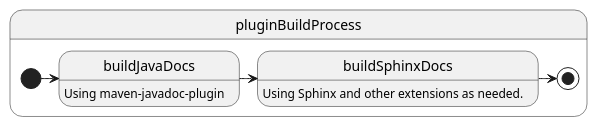
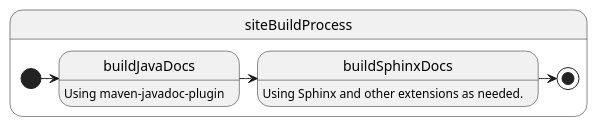
One commit to trustin/sphinx-maven changed the diagram in src/site/sphinx/configuration.rst. Above: the diagram before and after it, drawn with PlantUML. The commit also changed other lines of this file and 10 other files, not shown here.

```diff
--- a/src/site/sphinx/configuration.rst
+++ b/src/site/sphinx/configuration.rst
@@ -47,11 +48,11 @@
 .. uml::
 
     @startuml
-    state pluginBuildProcess {
+    state siteBuildProcess {
         [*] -> buildJavaDocs
         buildJavaDocs: Using maven-javadoc-plugin
         buildJavaDocs -> buildSphinxDocs
         buildSphinxDocs: Using Sphinx and other extensions as needed.
         buildSphinxDocs -> [*]
     }
     @enduml
```
